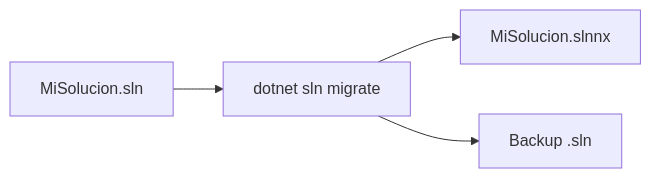
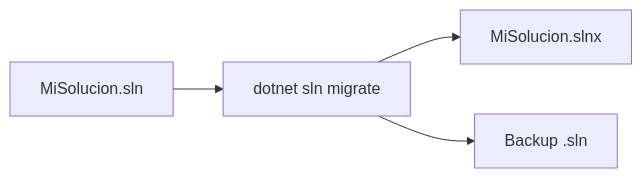
One commit to joseluisgs/DesarrolloWebEntornosServidor-01-2026-2027 changed the fourth of 13 diagrams in csharp_inicial/02-GestionProyectos.md. Above: the diagram before and after it, drawn with Mermaid. The commit also changed other lines of this file and 77 other files, not shown here.

````diff
--- a/csharp_inicial/02-GestionProyectos.md
+++ b/csharp_inicial/02-GestionProyectos.md
@@ -225,6 +221,6 @@
 ```mermaid
 flowchart LR
     A["MiSolucion.sln"] --> B["dotnet sln migrate"]
-    B --> C["MiSolucion.slnnx"]
+    B --> C["MiSolucion.slnx"]
     B --> D["Backup .sln"]
 ```
````
